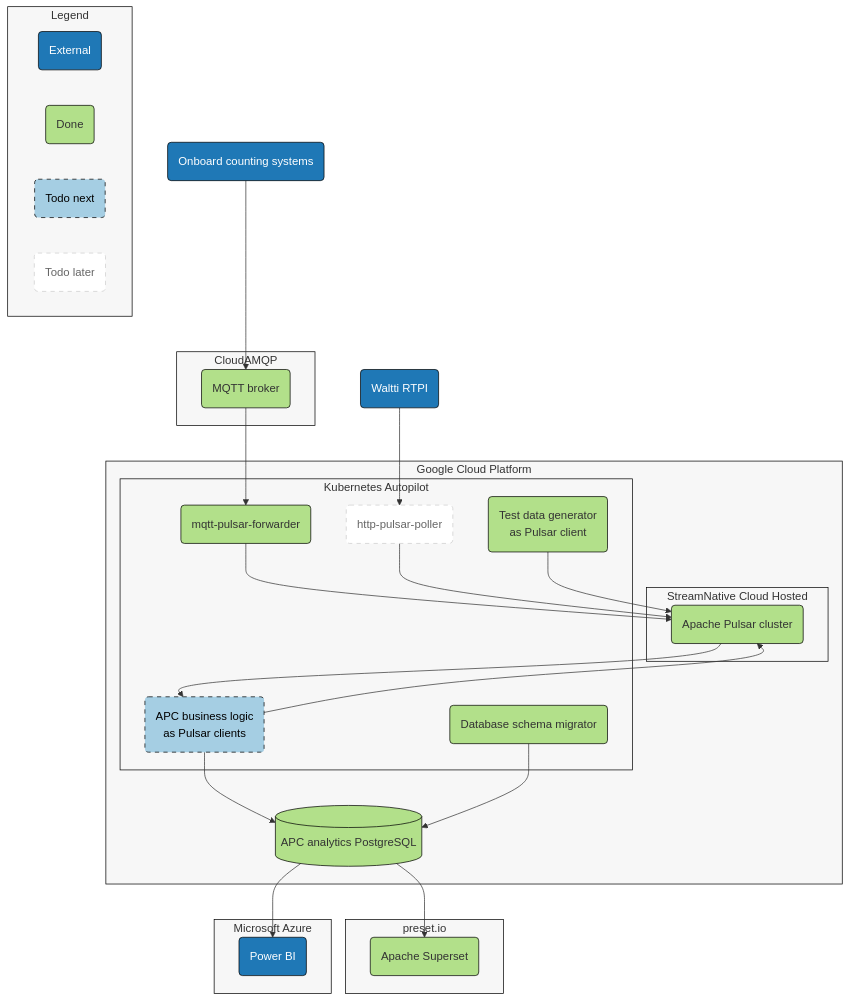
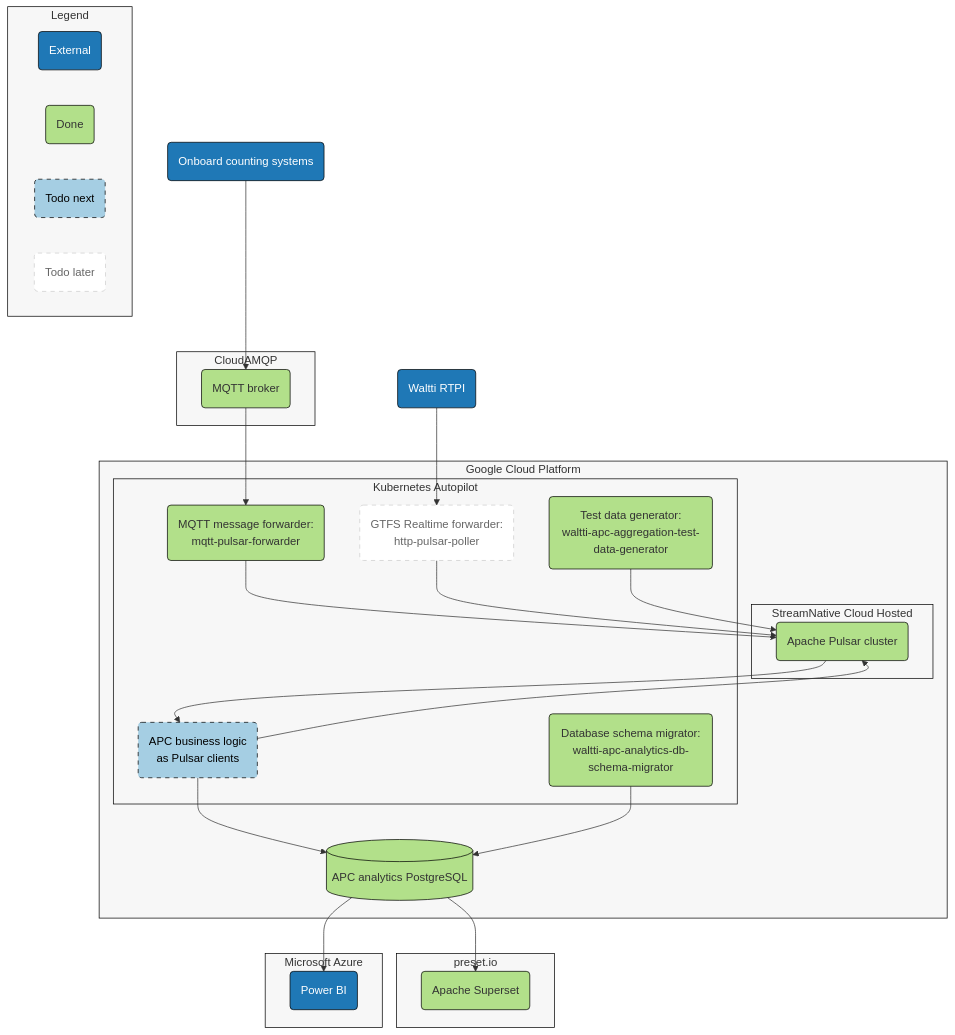
One commit to tvv-lippu-ja-maksujarjestelma-oy/waltti-apc changed the first of 2 diagrams in README.md. Above: the diagram before and after it, drawn with Mermaid.

Commit message:
Clarify architecture diagram

```diff
--- a/README.md
+++ b/README.md
@@ -22,11 +22,11 @@
       pulsar("Apache Pulsar cluster")
     end
     subgraph kubernetes["Kubernetes Autopilot"]
-      mqttpulsarforwarder("mqtt-pulsar-forwarder")
-      httppulsarpoller("http-pulsar-poller")
-      testdatagenerator("Test data generator<br/>as Pulsar client")
+      mqttpulsarforwarder("MQTT message forwarder:<br/>mqtt-pulsar-forwarder")
+      httppulsarpoller("GTFS Realtime forwarder:<br/>http-pulsar-poller")
+      testdatagenerator("Test data generator:<br/>waltti-apc-aggregation-test-data-generator")
       pulsarclients("APC business logic<br/>as Pulsar clients")
-      dbschemamigrator("Database schema migrator")
+      dbschemamigrator("Database schema migrator:<br/>waltti-apc-analytics-db-schema-migrator")
     end
     db[("APC analytics PostgreSQL")]
   end
```
